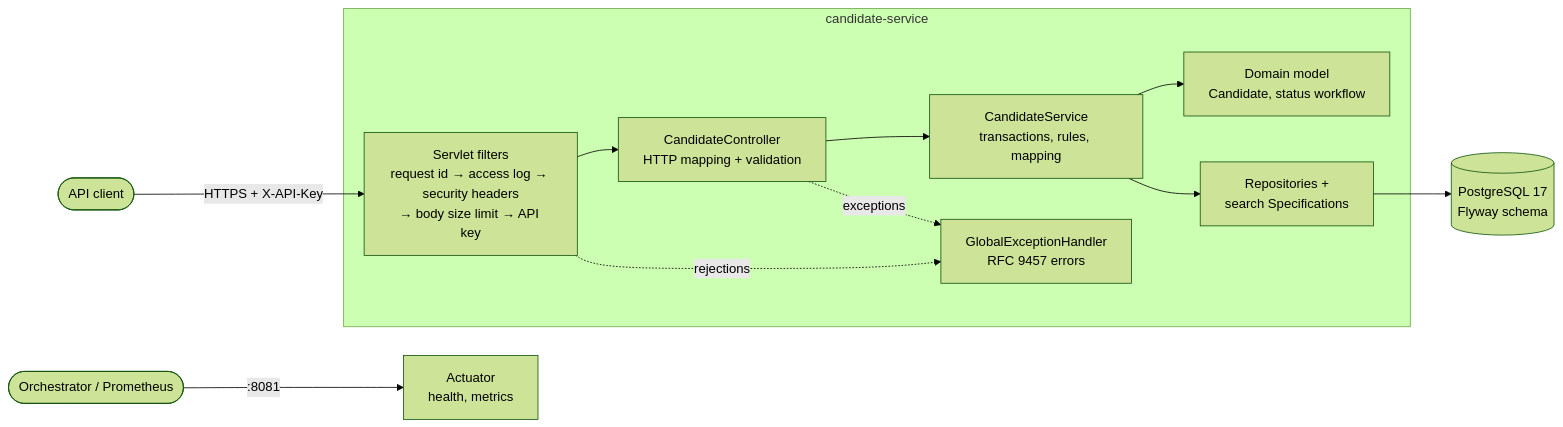
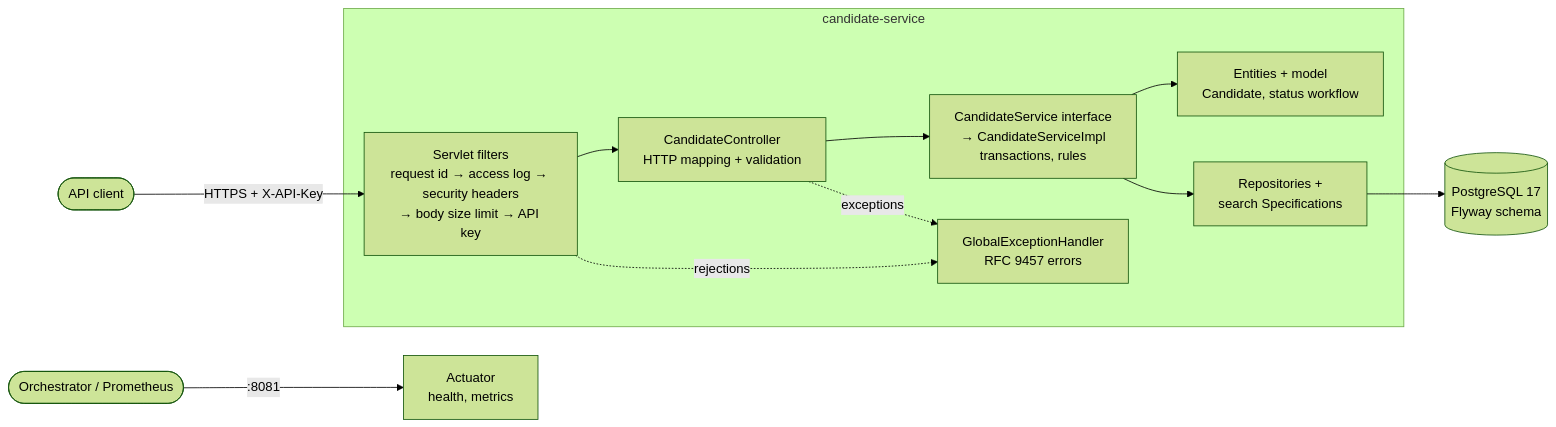
Before and after one commit to Jer1ch00/candidate-service-submission: the first of 2 diagrams in docs/DESIGN.md, drawn with Mermaid (forest theme). The commit also changed other lines of this file and 1 other file, not shown here.

````diff
--- a/docs/DESIGN.md
+++ b/docs/DESIGN.md
@@ -18,15 +18,15 @@
 ```mermaid
 flowchart LR
     client([API client]) -->|HTTPS + X-API-Key| filters
     subgraph app [candidate-service]
         filters["Servlet filters<br/>request id → access log → security headers<br/>→ body size limit → API key"] --> controller[CandidateController<br/>HTTP mapping + validation]
-        controller --> service[CandidateService<br/>transactions, rules, mapping]
-        service --> domain[Domain model<br/>Candidate, status workflow]
+        controller --> service[CandidateService interface<br/>→ CandidateServiceImpl<br/>transactions, rules]
+        service --> domain[Entities + model<br/>Candidate, status workflow]
         service --> repo[Repositories +<br/>search Specifications]
         handler[GlobalExceptionHandler<br/>RFC 9457 errors]
         filters -. rejections .-> handler
         controller -. exceptions .-> handler
     end
     repo --> pg[(PostgreSQL 17<br/>Flyway schema)]
     ops([Orchestrator / Prometheus]) -->|:8081| actuator[Actuator<br/>health, metrics]
 ```
````
